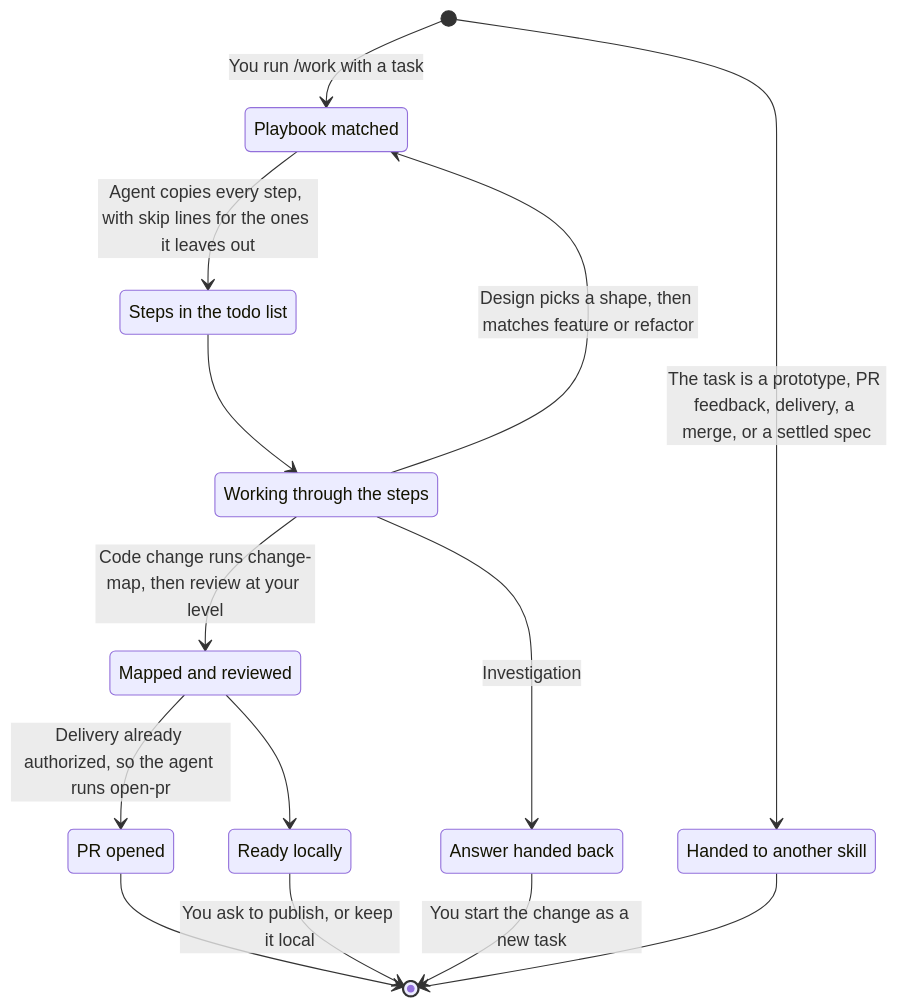
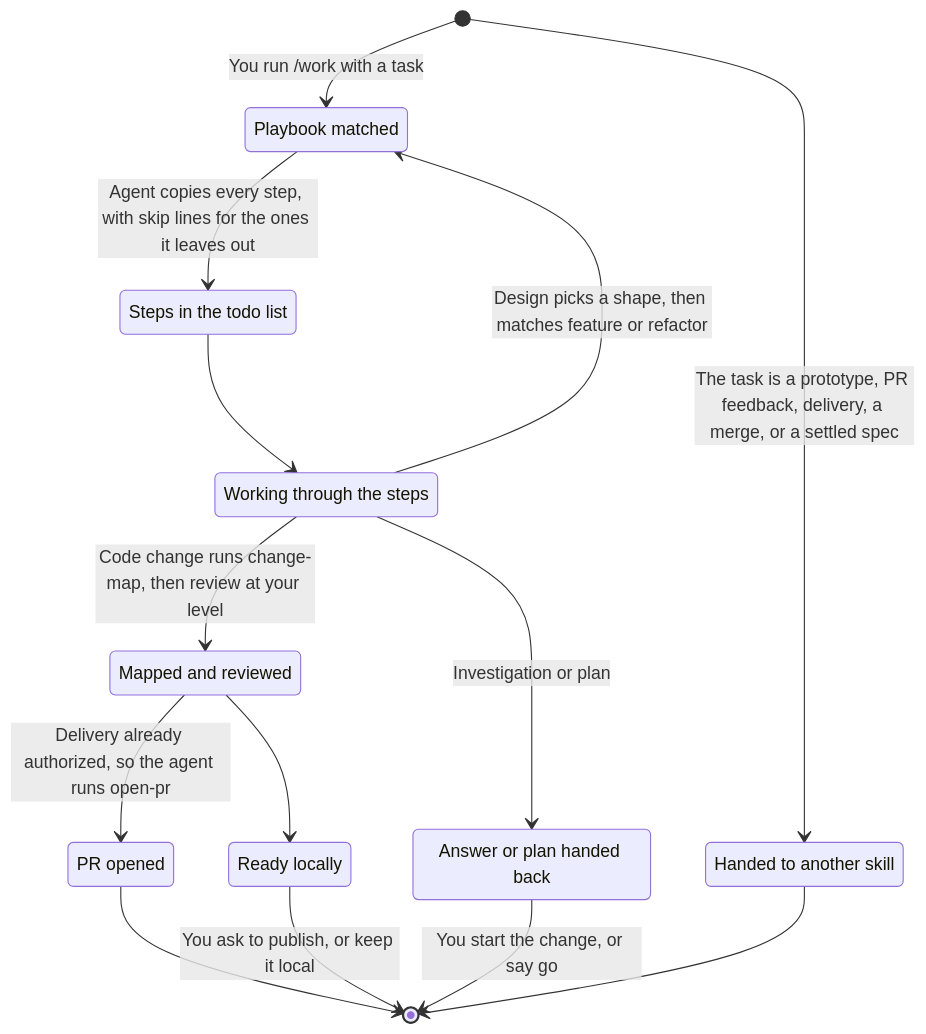
The first of 4 diagrams in docs/workflow.md (jvillegasd/harness), drawn with Mermaid before and after one commit. The commit also changed other lines of this file and 3 other files, not shown here.

````diff
--- a/docs/workflow.md
+++ b/docs/workflow.md
@@ -36,25 +36,25 @@
 ```mermaid
 stateDiagram-v2
     state "Playbook matched" as Matched
     state "Steps in the todo list" as Steps
     state "Working through the steps" as Working
     state "Mapped and reviewed" as Reviewed
-    state "Answer handed back" as Answered
+    state "Answer or plan handed back" as Answered
     state "PR opened" as Opened
     state "Ready locally" as Ready
     state "Handed to another skill" as Routed
 
     [*] --> Matched: You run /work with a task
     [*] --> Routed: The task is a prototype, PR feedback, delivery, a merge, or a settled spec
     Matched --> Steps: Agent copies every step, with skip lines for the ones it leaves out
     Steps --> Working
     Working --> Reviewed: Code change runs change-map, then review at your level
-    Working --> Answered: Investigation
+    Working --> Answered: Investigation or plan
     Working --> Matched: Design picks a shape, then matches feature or refactor
     Reviewed --> Ready
     Reviewed --> Opened: Delivery already authorized, so the agent runs open-pr
     Opened --> [*]
     Ready --> [*]: You ask to publish, or keep it local
-    Answered --> [*]: You start the change as a new task
+    Answered --> [*]: You start the change, or say go
     Routed --> [*]
 ```
````
